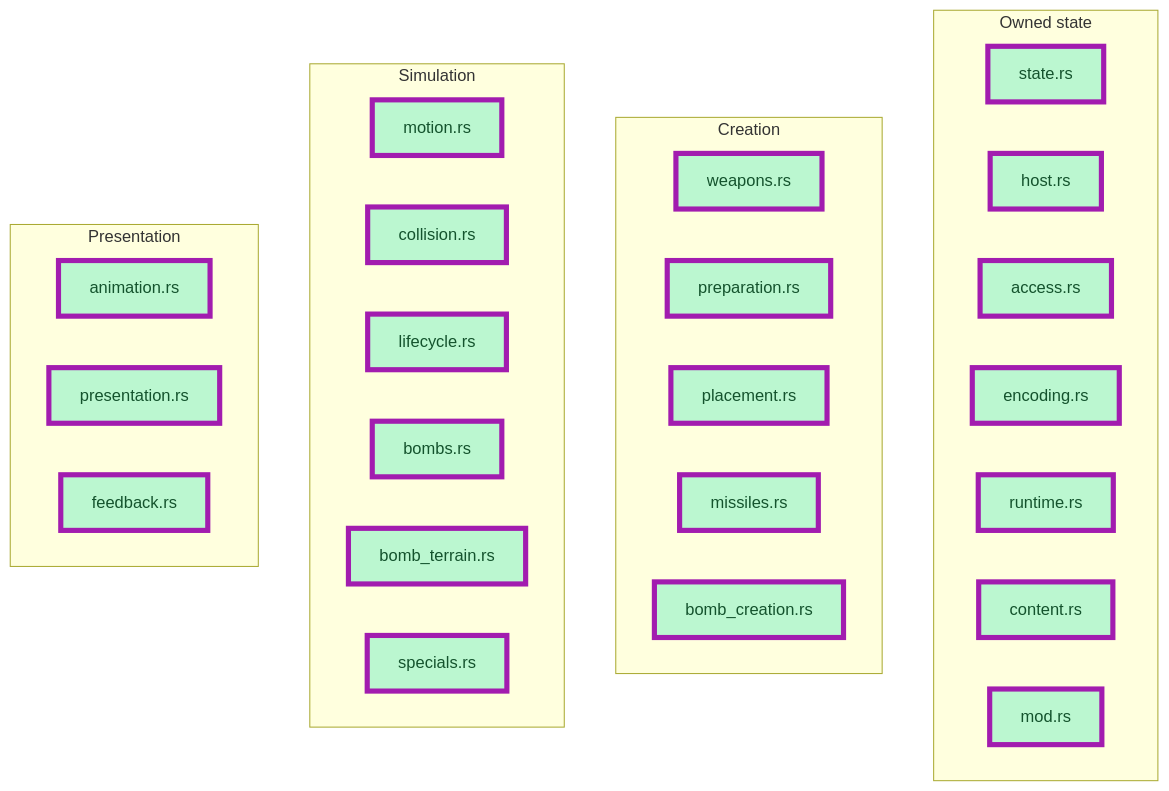
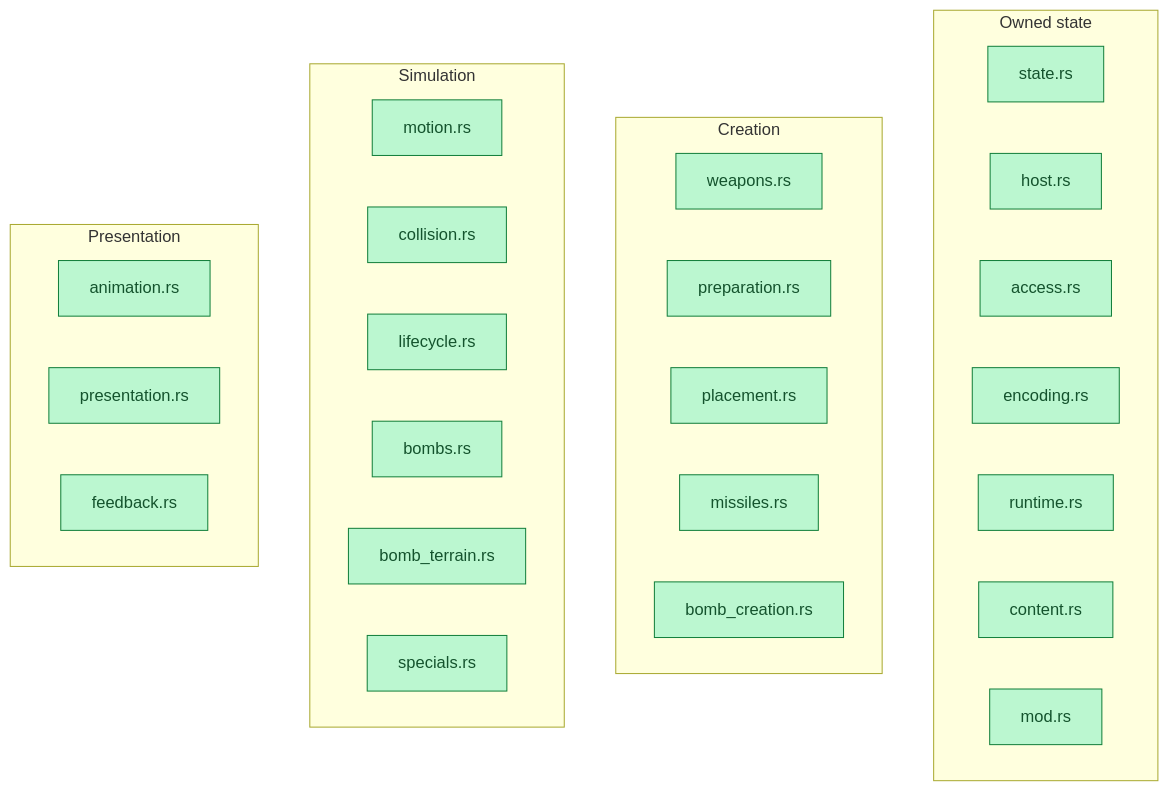
The second of 8 diagrams in PROGRESS.md (JimLundin/sm-decomp), drawn with Mermaid before and after one commit. The commit also changed other lines of this file and 2 other files, not shown here.

````diff
--- a/PROGRESS.md
+++ b/PROGRESS.md
@@ -39,44 +43,43 @@
 ```mermaid
 flowchart TB
     subgraph group0["Owned state"]
         direction LR
         p0_0["state.rs"]:::done
         p0_1["host.rs"]:::done
         p0_2["access.rs"]:::done
         p0_3["encoding.rs"]:::done
         p0_4["runtime.rs"]:::done
         p0_5["content.rs"]:::done
         p0_6["mod.rs"]:::done
     end
     subgraph group1["Creation"]
         direction LR
         p1_0["weapons.rs"]:::done
         p1_1["preparation.rs"]:::done
         p1_2["placement.rs"]:::done
         p1_3["missiles.rs"]:::done
         p1_4["bomb_creation.rs"]:::done
     end
     subgraph group2["Simulation"]
         direction LR
         p2_0["motion.rs"]:::done
         p2_1["collision.rs"]:::done
         p2_2["lifecycle.rs"]:::done
         p2_3["bombs.rs"]:::done
         p2_4["bomb_terrain.rs"]:::done
         p2_5["specials.rs"]:::done
     end
     subgraph group3["Presentation"]
         direction LR
         p3_0["animation.rs"]:::done
         p3_1["presentation.rs"]:::done
         p3_2["feedback.rs"]:::done
     end
 
-    class p0_0,p0_1,p0_2,p0_3,p0_4,p0_5,p0_6,p1_0,p1_1,p1_2,p1_3,p1_4,p2_0,p2_1,p2_2,p2_3,p2_4,p2_5,p3_0,p3_1,p3_2 changed
     classDef done fill:#bbf7d0,stroke:#15803d,color:#14532d
     classDef checked fill:#bfdbfe,stroke:#2563eb,color:#1e3a8a
     classDef active fill:#fed7aa,stroke:#ea580c,color:#7c2d12
     classDef pending fill:#f1f5f9,stroke:#94a3b8,color:#475569,stroke-dasharray:5 5
     classDef failed fill:#fecaca,stroke:#dc2626,color:#7f1d1d
     classDef changed stroke:#a21caf,stroke-width:5px
 ```
````
